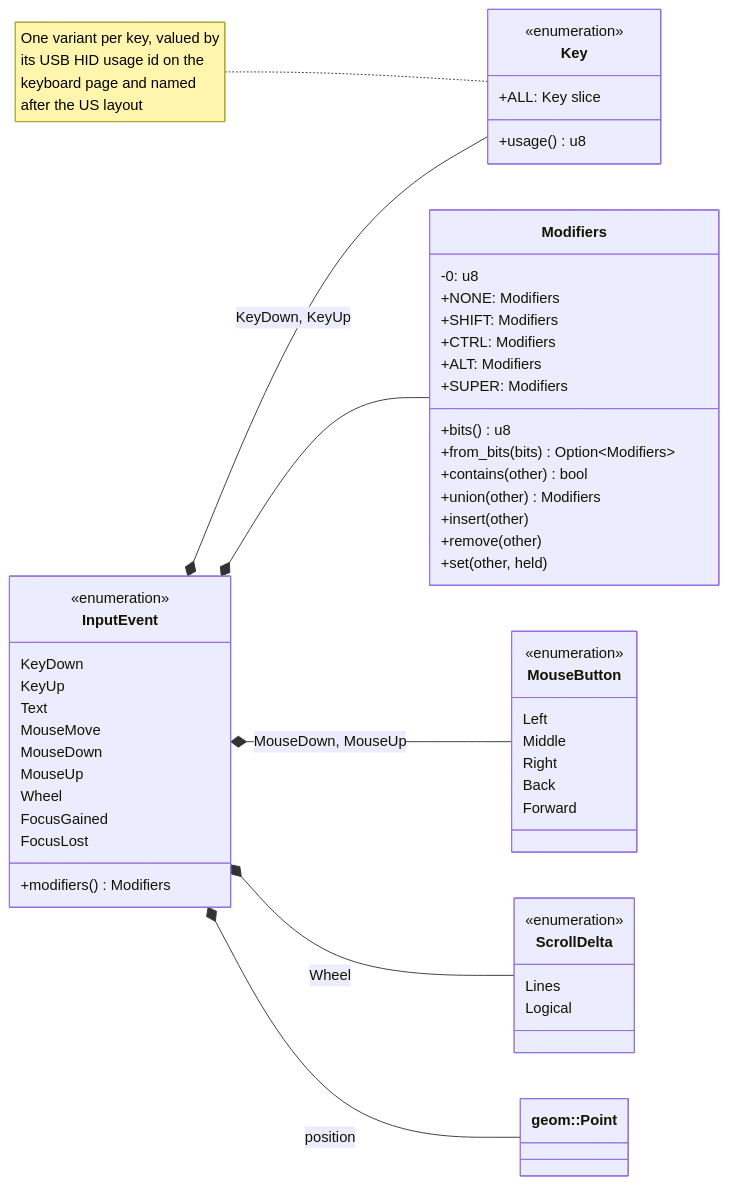
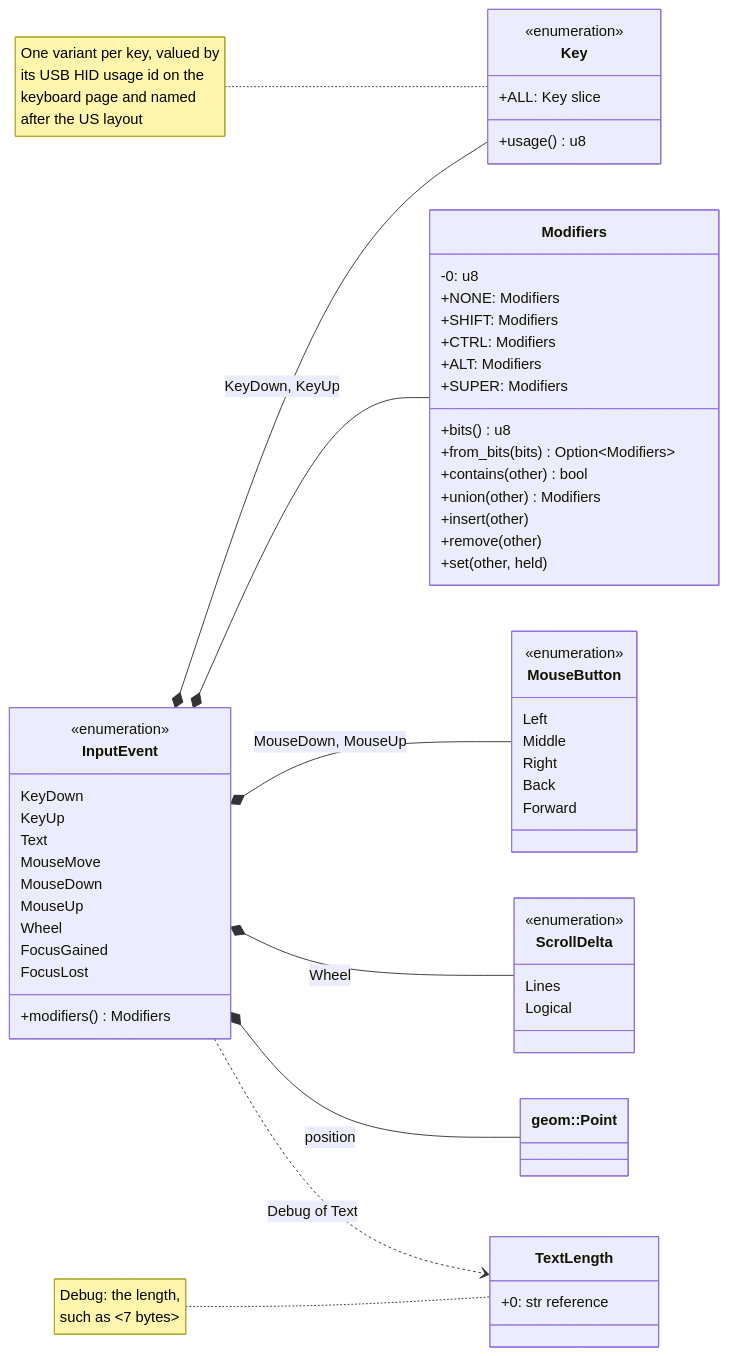
One commit to jabbott-iii/Tidepool changed the eighth of 34 diagrams in diagrams/class-diagrams.md. Above: the diagram before and after it, drawn with Mermaid. The commit also changed other lines of this file and 11 other files, not shown here.

First line of the commit message:
core, platform: Debug shows a typed or pasted text's length (ADR-0043)

````diff
--- a/diagrams/class-diagrams.md
+++ b/diagrams/class-diagrams.md
@@ -463,57 +465,62 @@
 ```mermaid
 classDiagram
     direction LR
     class InputEvent {
         <<enumeration>>
         KeyDown
         KeyUp
         Text
         MouseMove
         MouseDown
         MouseUp
         Wheel
         FocusGained
         FocusLost
         +modifiers() Modifiers
     }
     class Key {
         <<enumeration>>
         +ALL: Key slice
         +usage() u8
     }
     class MouseButton {
         <<enumeration>>
         Left
         Middle
         Right
         Back
         Forward
     }
     class Modifiers {
         -0: u8
         +NONE: Modifiers
         +SHIFT: Modifiers
         +CTRL: Modifiers
         +ALT: Modifiers
         +SUPER: Modifiers
         +bits() u8
         +from_bits(bits) Option~Modifiers~
         +contains(other) bool
         +union(other) Modifiers
         +insert(other)
         +remove(other)
         +set(other, held)
     }
     class ScrollDelta {
         <<enumeration>>
         Lines
         Logical
     }
+    class TextLength {
+        +0: str reference
+    }
     class Point["geom::Point"]
     InputEvent *-- Key : KeyDown, KeyUp
     InputEvent *-- Modifiers
     InputEvent *-- MouseButton : MouseDown, MouseUp
     InputEvent *-- ScrollDelta : Wheel
     InputEvent *-- Point : position
+    InputEvent ..> TextLength : Debug of Text
+    note for TextLength "Debug: the length,<br/>such as &lt;7 bytes&gt;"
     note for Key "One variant per key, valued by<br/>its USB HID usage id on the<br/>keyboard page and named<br/>after the US layout"
 ```
````
